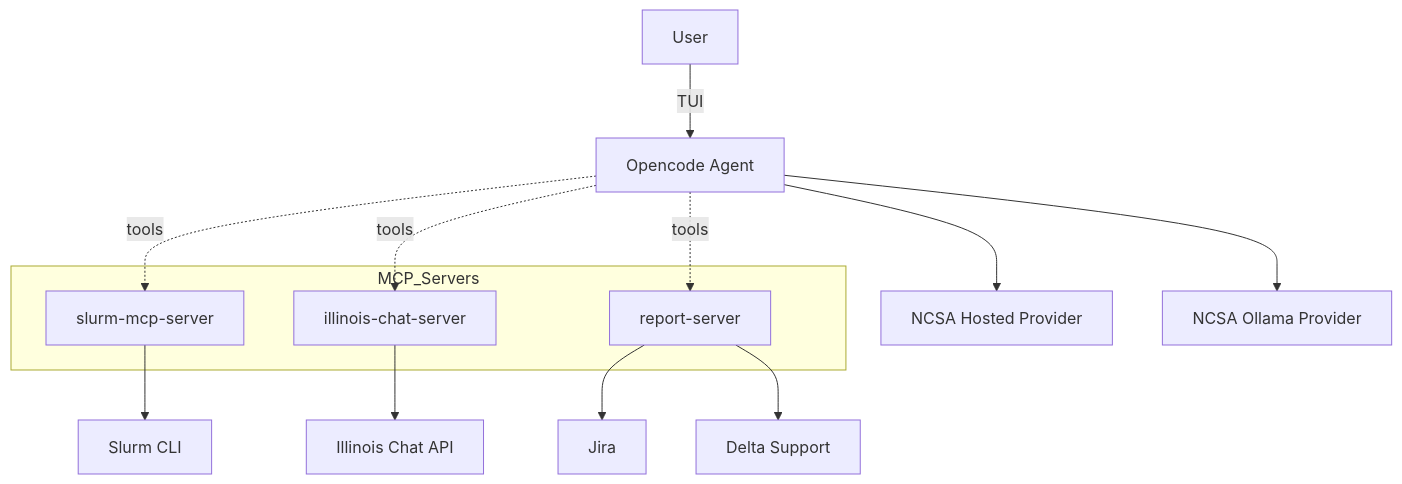
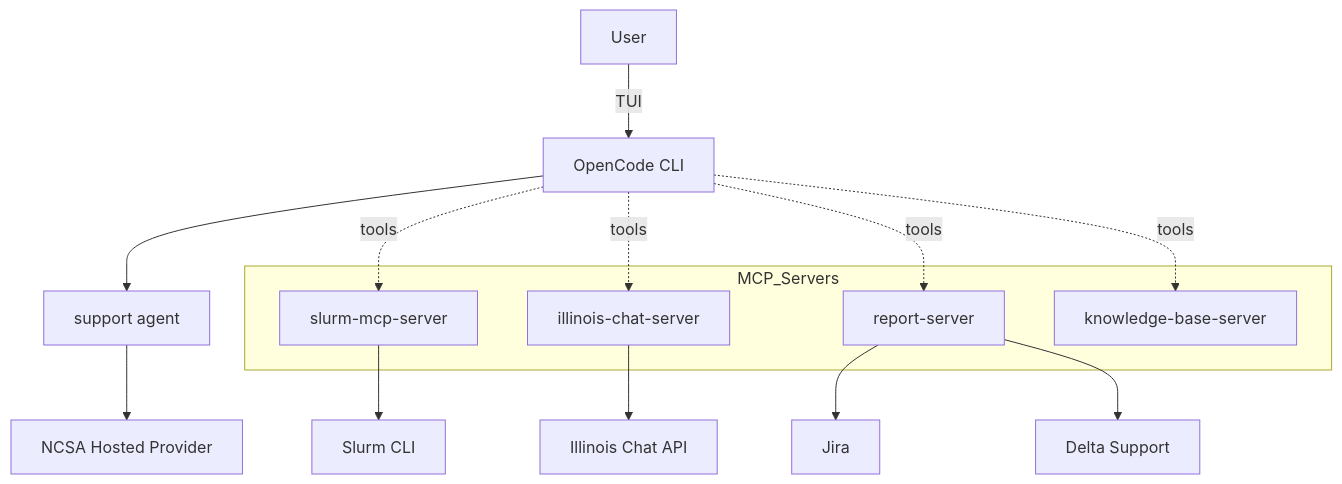
The diagram in NCSA/README.md (skye-glitch/hpcgpt-cli), drawn with Mermaid before and after one commit. The commit also changed other lines of this file and 2 other files, not shown here.

Commit message:
Had AI update the Main README and NCSA README

````diff
--- a/NCSA/README.md
+++ b/NCSA/README.md
@@ -30,22 +43,24 @@
 ```mermaid
 graph TD
-  U[User] -->|TUI| OC[Opencode Agent]
+  U[User] -->|TUI| OC[OpenCode CLI]
 
-  OC --> P1[NCSA Hosted Provider]
-  OC --> P2[NCSA Ollama Provider]
+  OC --> A[support agent]
+  A --> P[NCSA Hosted Provider]
 
   subgraph MCP_Servers
     M1[slurm-mcp-server]
     M2[illinois-chat-server]
     M3[report-server]
+    M4[knowledge-base-server]
   end
 
   OC -. tools .-> M1
   OC -. tools .-> M2
   OC -. tools .-> M3
+  OC -. tools .-> M4
 
   M1 --> SLURM[Slurm CLI]
   M2 --> ICHAT[Illinois Chat API]
   M3 --> JIRA[Jira]
   M3 --> SUPPORT[Delta Support]
 ```
````
